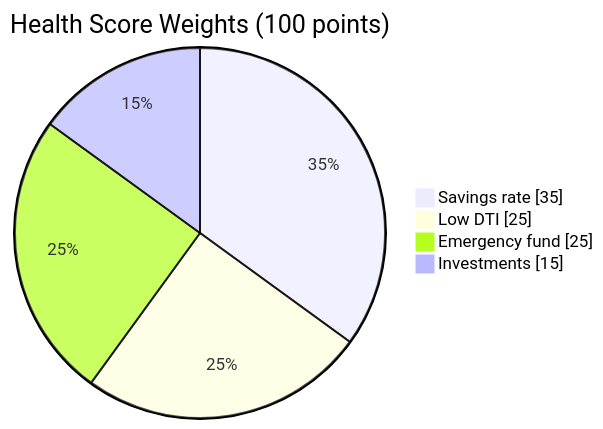
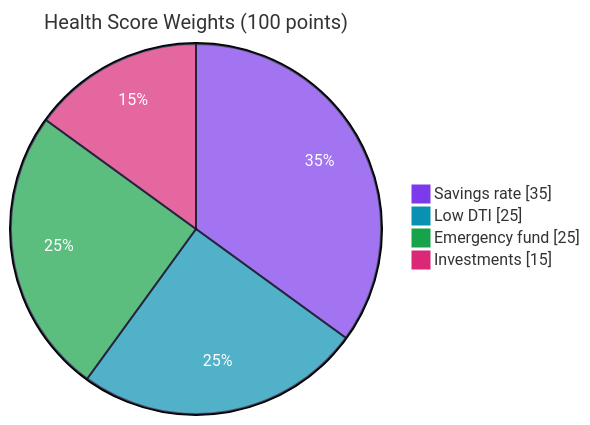
Before and after one commit to Mansi232323/MANSHORA: the seventh of 13 diagrams in README.md, drawn with Mermaid. The commit also changed other lines of this file, not shown here.

````diff
--- a/README.md
+++ b/README.md
@@ -196,7 +238,8 @@
 ```mermaid
+%%{init: {'theme':'base','themeVariables':{'fontSize':'16px','fontFamily':'Arial, Helvetica, sans-serif','pieTitleTextSize':'20px','pieSectionTextSize':'16px','pieLegendTextSize':'16px','pie1':'#7c3aed','pie2':'#0891b2','pie3':'#16a34a','pie4':'#db2777','pieSectionTextColor':'#ffffff','pieStrokeColor':'#0f0f2b','pieStrokeWidth':'2px'}}}%%
 pie showData title Health Score Weights (100 points)
     "Savings rate" : 35
     "Low DTI" : 25
     "Emergency fund" : 25
     "Investments" : 15
 ```
````
